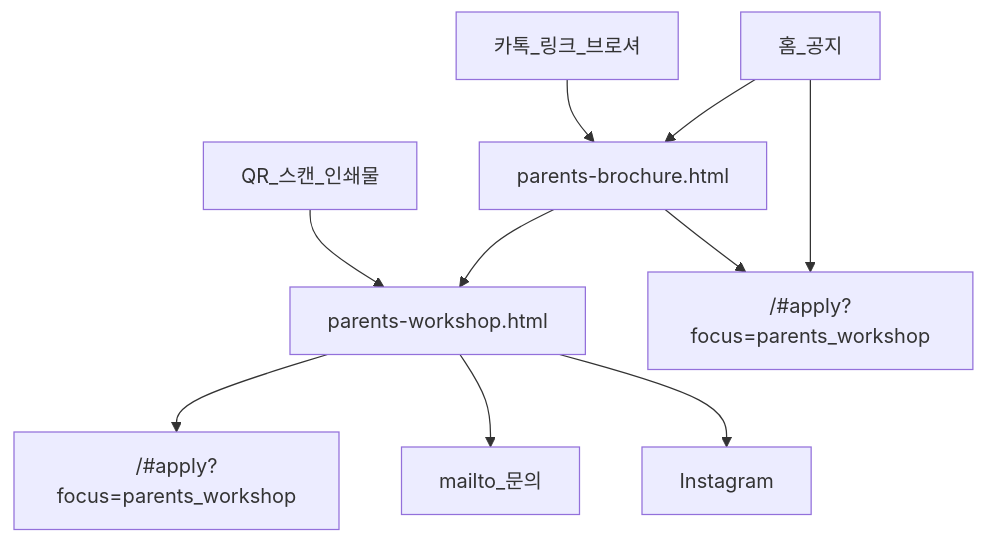
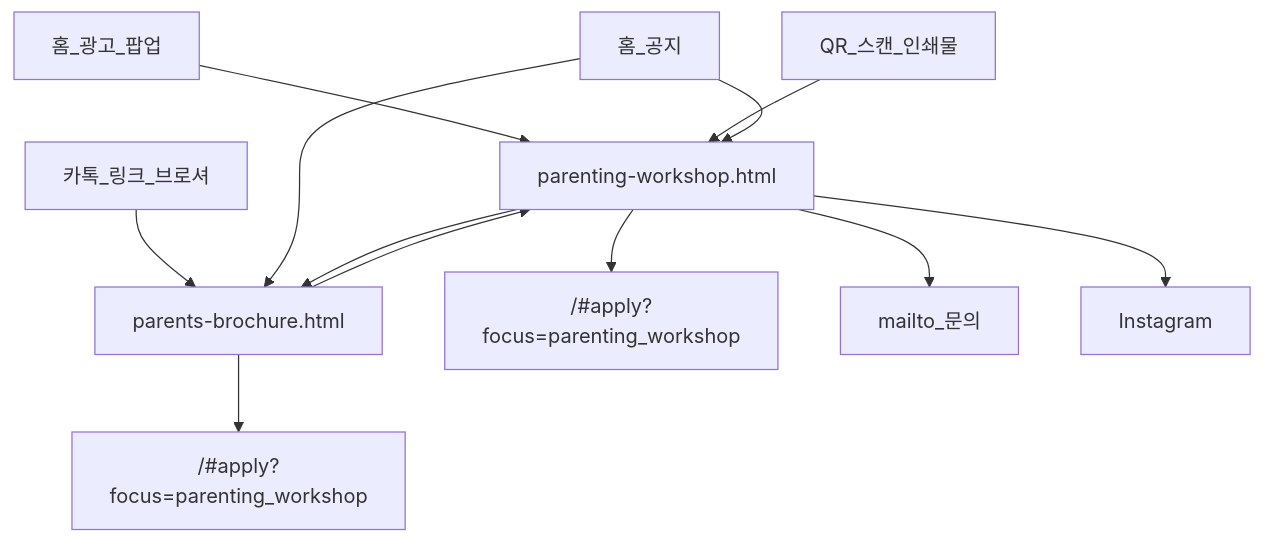
The diagram in docs/projects/parents-brochure/FUNNEL.md (Jamiewsm/ER-Website), drawn with Mermaid before and after one commit. The commit also changed other lines of this file and 19 other files, not shown here.

First line of the commit message:
feat(parenting): rename program and add web landing funnel

````diff
--- a/docs/projects/parents-brochure/FUNNEL.md
+++ b/docs/projects/parents-brochure/FUNNEL.md
@@ -3,12 +3,14 @@
 ```mermaid
 flowchart TD
-  qr[QR_스캔_인쇄물] --> landing[parents-workshop.html]
+  popup[홈_광고_팝업] --> landing[parenting-workshop.html]
+  qr[QR_스캔_인쇄물] --> landing
   share[카톡_링크_브로셔] --> brochure[parents-brochure.html]
-  site[홈_공지] --> brochure
-  site --> applyDirect["/#apply?focus=parents_workshop"]
+  site[홈_공지] --> landing
+  site --> brochure
   brochure --> landing
-  brochure --> applyDirect
-  landing --> apply["/#apply?focus=parents_workshop"]
+  brochure --> applyDirect["/#apply?focus=parenting_workshop"]
+  landing --> apply["/#apply?focus=parenting_workshop"]
+  landing --> brochure
   landing --> mailto[mailto_문의]
   landing --> ig[Instagram]
 ```
````
